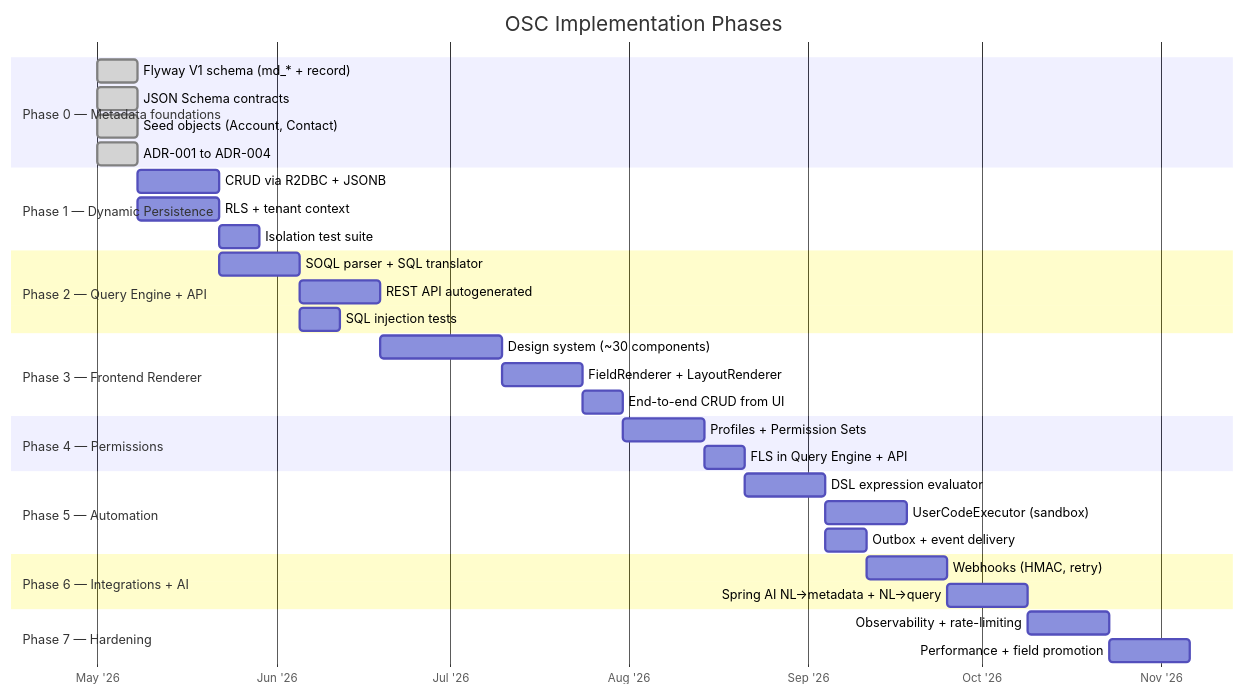
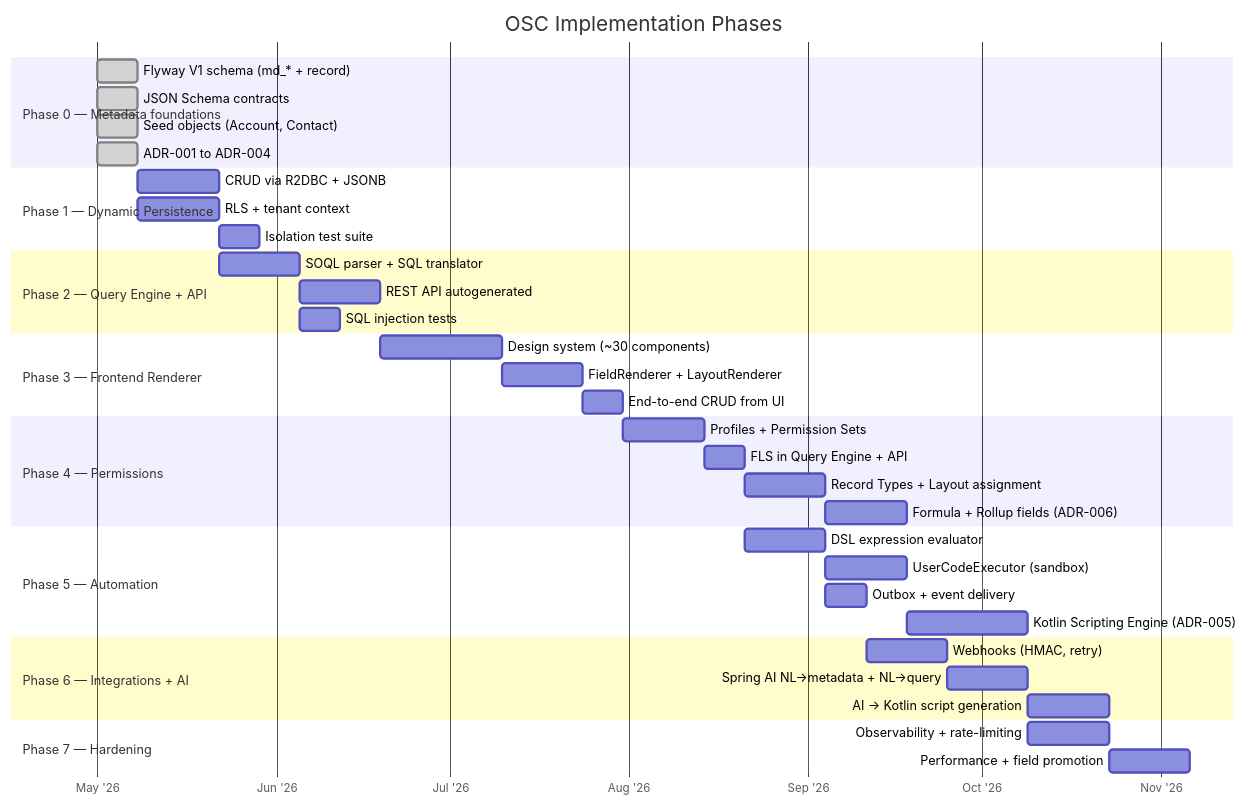
One commit to hneyra/osc changed diagram 20 of 20 in docs/ARCHITECTURE.md. Above: the diagram before and after it, drawn with Mermaid. The commit also changed other lines of this file and 15 other files, not shown here.

First line of the commit message:
docs: add Kotlin Scripting and extended metadata model design (ADR-005, ADR-006)

````diff
--- a/docs/ARCHITECTURE.md
+++ b/docs/ARCHITECTURE.md
@@ -882,44 +1061,48 @@
 ```mermaid
 gantt
     title OSC Implementation Phases
     dateFormat  YYYY-MM
     axisFormat  %b '%y
 
     section Phase 0 — Metadata foundations
     Flyway V1 schema (md_* + record)   :done, p0a, 2026-05, 1w
     JSON Schema contracts              :done, p0b, 2026-05, 1w
     Seed objects (Account, Contact)    :done, p0c, 2026-05, 1w
     ADR-001 to ADR-004                 :done, p0d, 2026-05, 1w
 
     section Phase 1 — Dynamic Persistence
     CRUD via R2DBC + JSONB             :p1a, after p0c, 2w
     RLS + tenant context               :p1b, after p0c, 2w
     Isolation test suite               :p1c, after p1a, 1w
 
     section Phase 2 — Query Engine + API
     SOQL parser + SQL translator       :p2a, after p1a, 2w
     REST API autogenerated             :p2b, after p2a, 2w
     SQL injection tests                :p2c, after p2a, 1w
 
     section Phase 3 — Frontend Renderer
     Design system (~30 components)     :p3a, after p2b, 3w
     FieldRenderer + LayoutRenderer     :p3b, after p3a, 2w
     End-to-end CRUD from UI            :p3c, after p3b, 1w
 
     section Phase 4 — Permissions
     Profiles + Permission Sets         :p4a, after p3c, 2w
     FLS in Query Engine + API          :p4b, after p4a, 1w
+    Record Types + Layout assignment   :p4c, after p4b, 2w
+    Formula + Rollup fields (ADR-006)  :p4d, after p4c, 2w
 
     section Phase 5 — Automation
     DSL expression evaluator           :p5a, after p4b, 2w
     UserCodeExecutor (sandbox)         :p5b, after p5a, 2w
     Outbox + event delivery            :p5c, after p5a, 1w
+    Kotlin Scripting Engine (ADR-005)  :p5d, after p5b, 3w
 
     section Phase 6 — Integrations + AI
     Webhooks (HMAC, retry)             :p6a, after p5c, 2w
     Spring AI NL→metadata + NL→query  :p6b, after p6a, 2w
+    AI → Kotlin script generation      :p6c, after p5d, 2w
 
     section Phase 7 — Hardening
     Observability + rate-limiting      :p7a, after p6b, 2w
     Performance + field promotion      :p7b, after p7a, 2w
 ```
````
